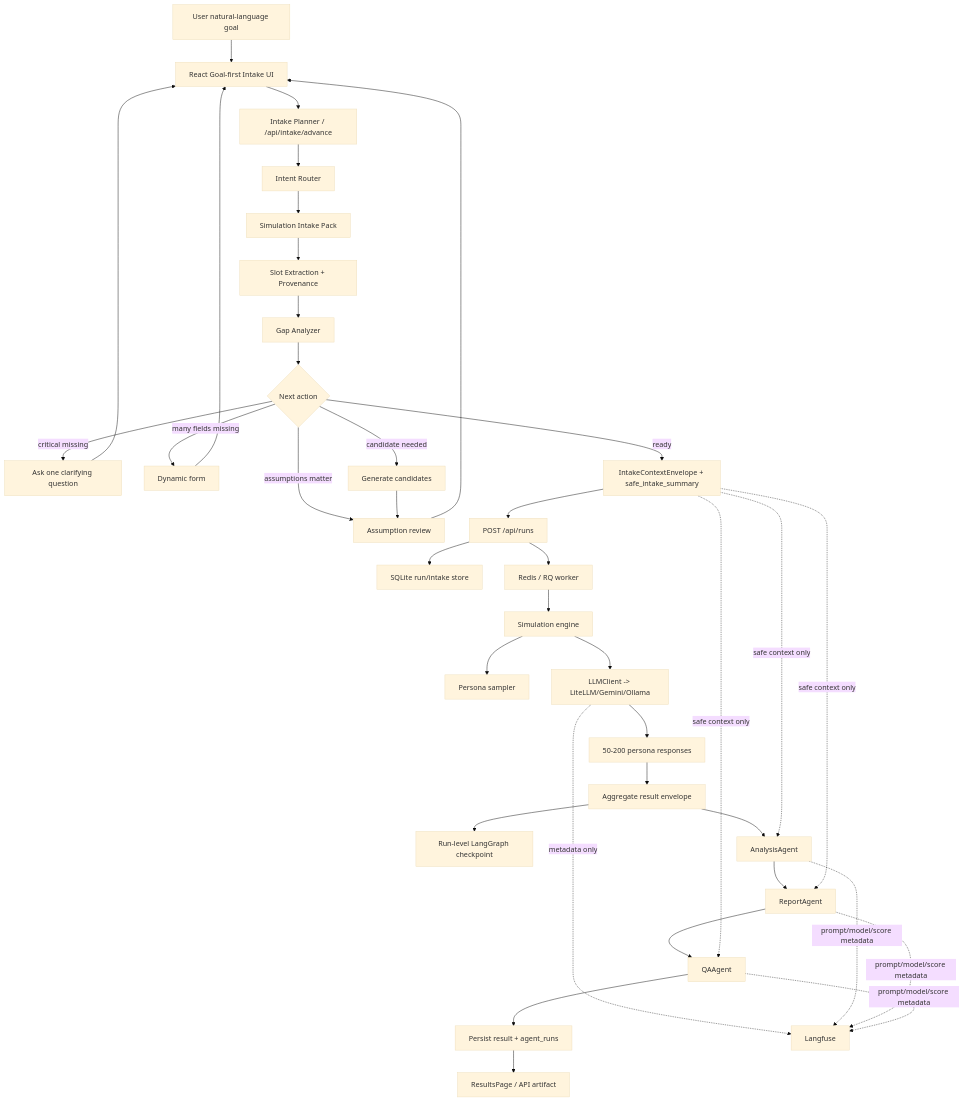
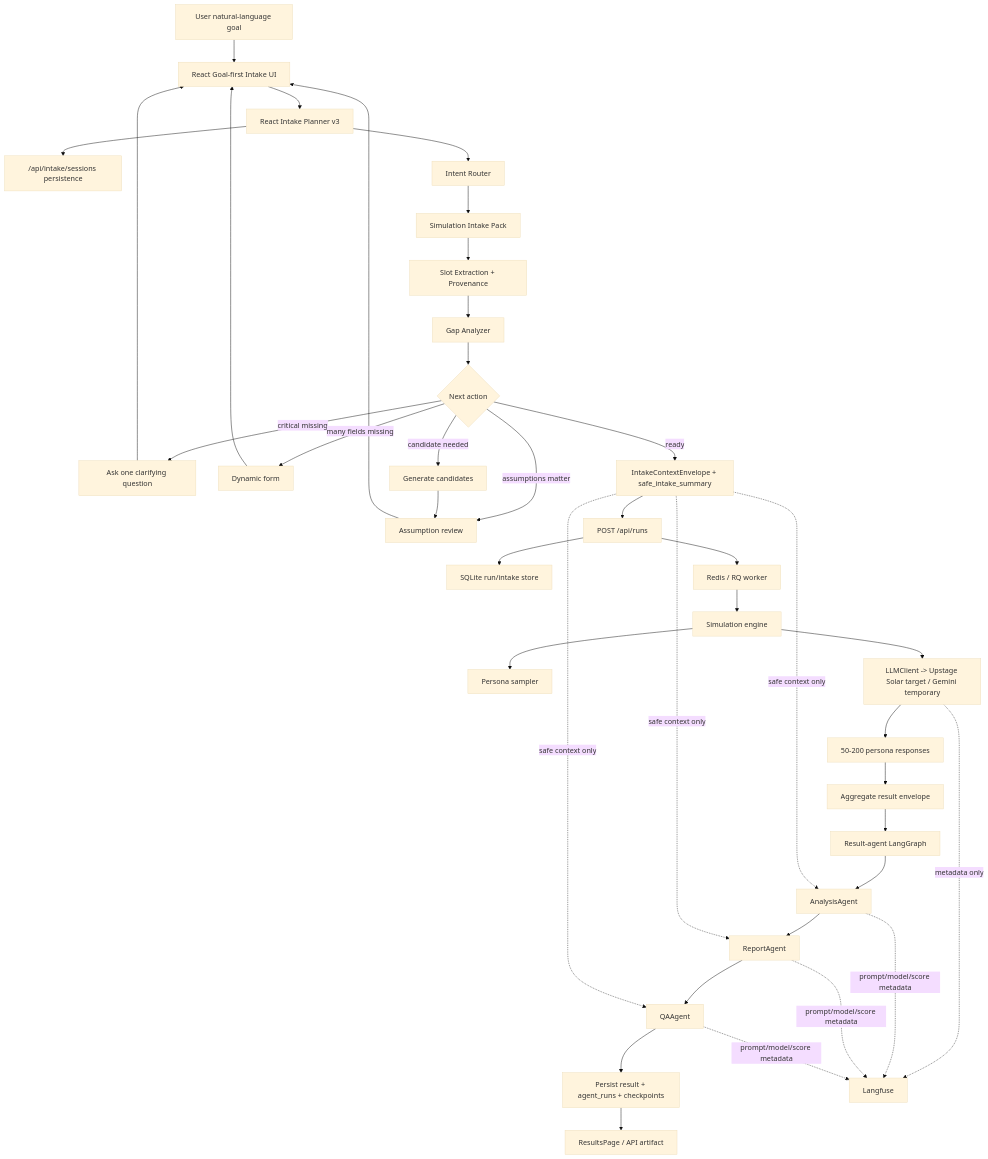
Before and after one commit to minsim-ai/minsim: the diagram in org/organization/product/waterfall.run/koresim-v2/AGENTS.md, drawn with Mermaid (base theme). The commit also changed other lines of this file and 60 other files, not shown here.

````diff
--- a/org/organization/product/waterfall.run/koresim-v2/AGENTS.md
+++ b/org/organization/product/waterfall.run/koresim-v2/AGENTS.md
@@ -103,40 +103,41 @@
 ```mermaid
 flowchart TD
   U["User natural-language goal"] --> FE["React Goal-first Intake UI"]
-  FE --> INTAKE["Intake Planner / /api/intake/advance"]
+  FE --> INTAKE["React Intake Planner v3"]
+  INTAKE --> ISTORE["/api/intake/sessions persistence"]
   INTAKE --> ROUTER["Intent Router"]
   ROUTER --> PACK["Simulation Intake Pack"]
   PACK --> SLOTS["Slot Extraction + Provenance"]
   SLOTS --> GAP["Gap Analyzer"]
   GAP --> DECIDE{"Next action"}
   DECIDE -->|"critical missing"| ASK["Ask one clarifying question"]
   DECIDE -->|"many fields missing"| FORM["Dynamic form"]
   DECIDE -->|"candidate needed"| GEN["Generate candidates"]
   DECIDE -->|"assumptions matter"| REVIEW["Assumption review"]
   ASK --> FE
   FORM --> FE
   GEN --> REVIEW
   REVIEW --> FE
   DECIDE -->|"ready"| CTX["IntakeContextEnvelope + safe_intake_summary"]
   CTX --> RUNAPI["POST /api/runs"]
   RUNAPI --> STORE["SQLite run/intake store"]
   RUNAPI --> RQ["Redis / RQ worker"]
   RQ --> SIM["Simulation engine"]
   SIM --> PERSONAS["Persona sampler"]
-  SIM --> LLM["LLMClient -> LiteLLM/Gemini/Ollama"]
+  SIM --> LLM["LLMClient -> Upstage Solar target / Gemini temporary"]
   LLM --> RAW["50-200 persona responses"]
   RAW --> AGG["Aggregate result envelope"]
-  AGG --> GRAPH["Run-level LangGraph checkpoint"]
-  AGG --> ANALYSIS["AnalysisAgent"]
+  AGG --> GRAPH["Result-agent LangGraph"]
+  GRAPH --> ANALYSIS["AnalysisAgent"]
   ANALYSIS --> REPORT["ReportAgent"]
   REPORT --> QA["QAAgent"]
   CTX -. "safe context only" .-> ANALYSIS
   CTX -. "safe context only" .-> REPORT
   CTX -. "safe context only" .-> QA
-  QA --> RESULT["Persist result + agent_runs"]
+  QA --> RESULT["Persist result + agent_runs + checkpoints"]
   RESULT --> UI["ResultsPage / API artifact"]
   LLM -. "metadata only" .-> LF["Langfuse"]
   ANALYSIS -. "prompt/model/score metadata" .-> LF
   REPORT -. "prompt/model/score metadata" .-> LF
   QA -. "prompt/model/score metadata" .-> LF
 ```
````
